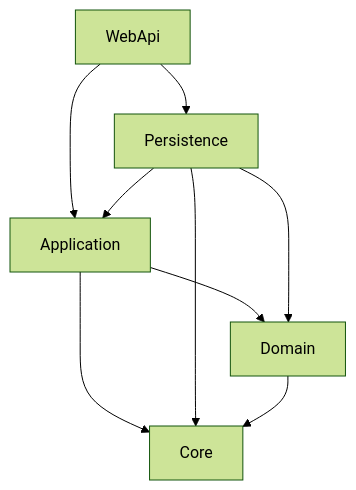
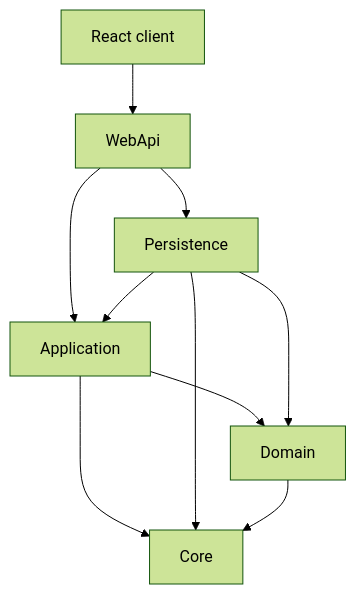
One commit to fdeniz07/BankApp changed the first of 3 diagrams in README.md. Above: the diagram before and after it, drawn with Mermaid (forest theme). The commit also changed other lines of this file and 3 other files, not shown here.

````diff
--- a/README.md
+++ b/README.md
@@ -100,17 +101,19 @@
 ```mermaid
 flowchart TB
+    Client[React client]
     WebApi[WebApi]
     Application[Application]
     Persistence[Persistence]
     Domain[Domain]
     Core[Core]
 
+    Client --> WebApi
     WebApi --> Application
     WebApi --> Persistence
     Application --> Domain
     Application --> Core
     Persistence --> Application
     Persistence --> Domain
     Persistence --> Core
     Domain --> Core
 ```
````
